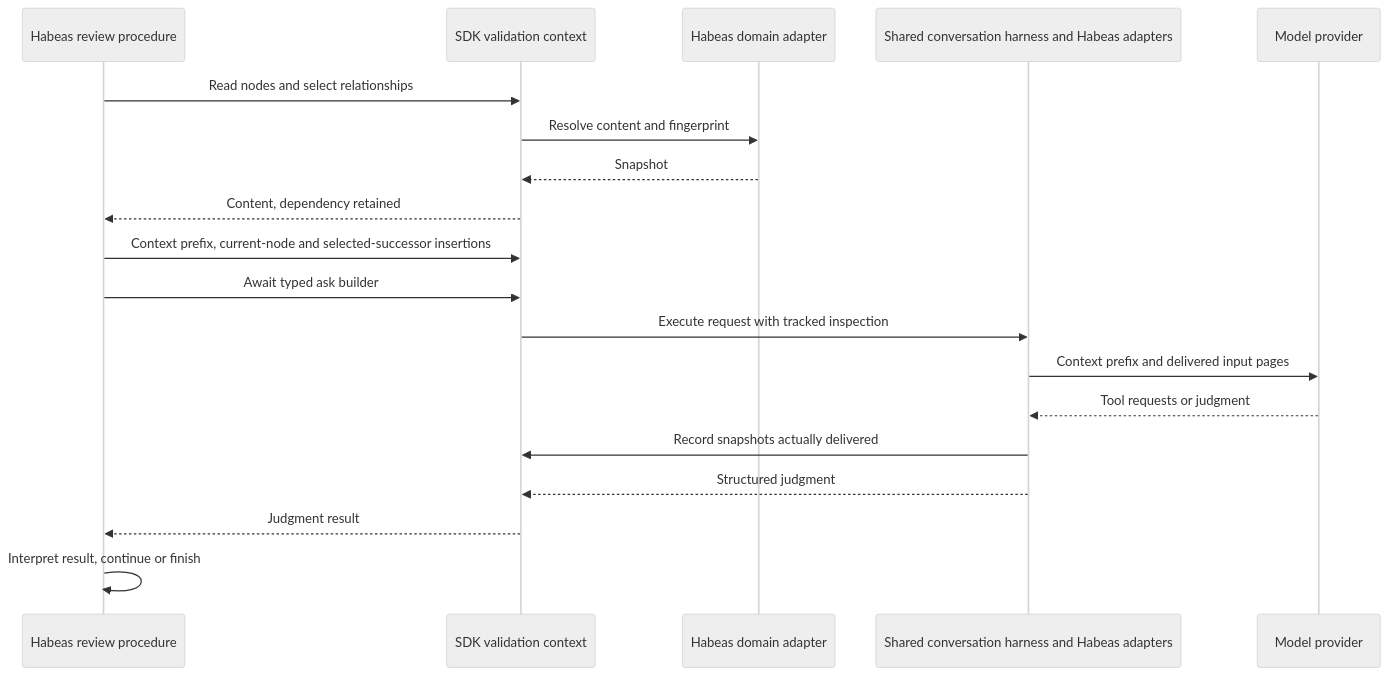
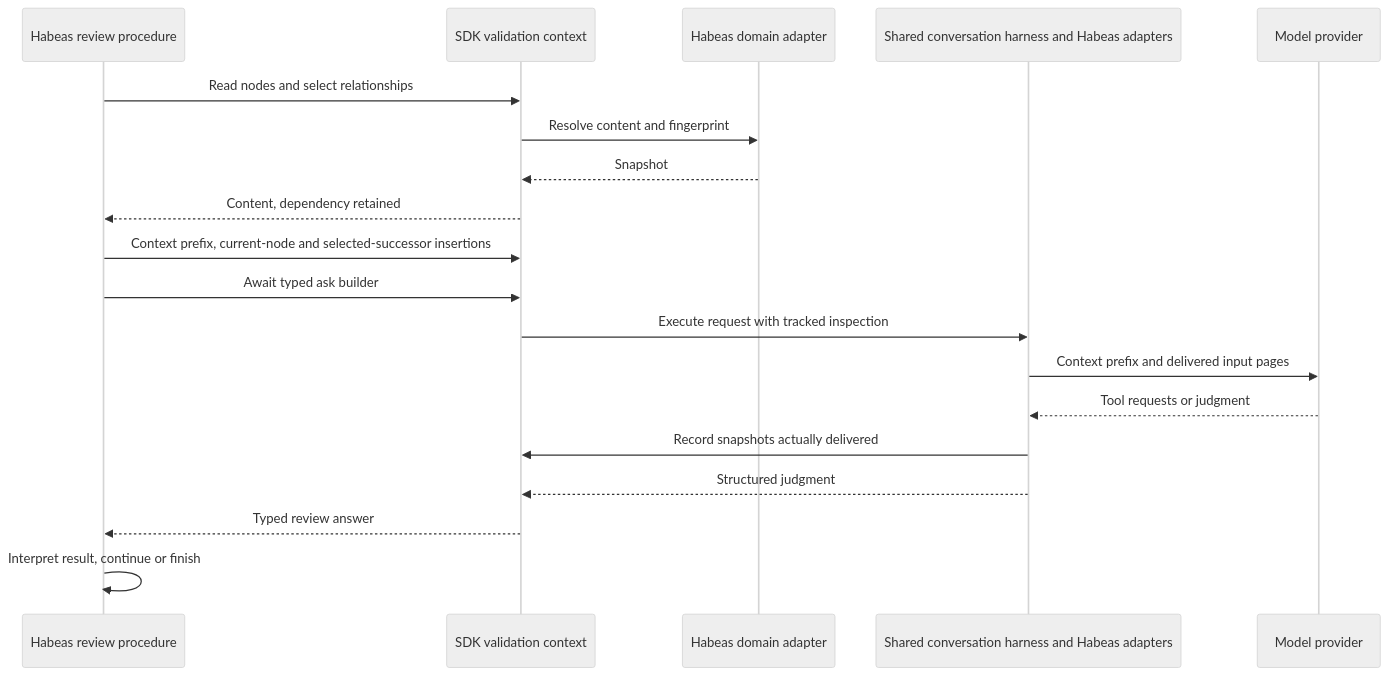
Before and after one commit to nikomatsakis/habeas-codicem: the second of 5 diagrams in md/requirements/sdk/habeas.md, drawn with Mermaid (neutral theme). The commit also changed other lines of this file and 2 other files, not shown here.

Commit message:
Let criteria define their own completed answers
Remove requirements.sdk.graph.validation.judgment after agreeing that Criterion::Ok already supplies the result contract. Use TestReview directly in the continuing example and describe Habeas's evidence as application-owned output rather than judgment metadata. Preserve completed negative answers and execution errors under the existing criterion and validator requirements.

````diff
--- a/md/requirements/sdk/habeas.md
+++ b/md/requirements/sdk/habeas.md
@@ -46,21 +46,21 @@
 ```mermaid
 sequenceDiagram
     participant H as Habeas review procedure
     participant S as SDK validation context
     participant D as Habeas domain adapter
     participant J as Shared conversation harness and Habeas adapters
     participant M as Model provider
     H->>S: Read nodes and select relationships
     S->>D: Resolve content and fingerprint
     D-->>S: Snapshot
     S-->>H: Content, dependency retained
     H->>S: Context prefix, current-node and selected-successor insertions
     H->>S: Await typed ask builder
     S->>J: Execute request with tracked inspection
     J->>M: Context prefix and delivered input pages
     M-->>J: Tool requests or judgment
     J->>S: Record snapshots actually delivered
     J-->>S: Structured judgment
-    S-->>H: Judgment result
+    S-->>H: Typed review answer
     H->>H: Interpret result, continue or finish
 ```
````
